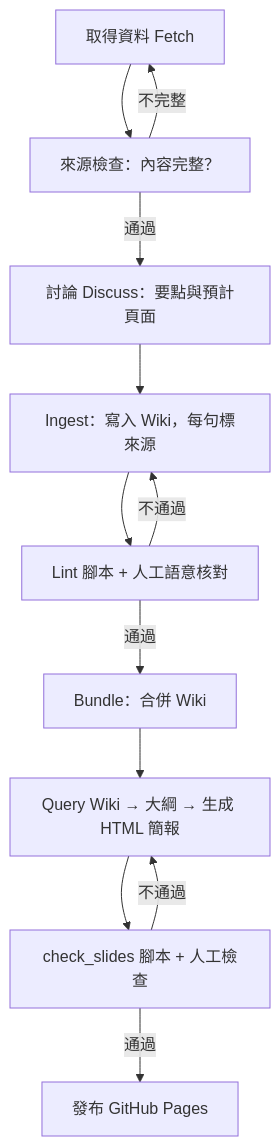
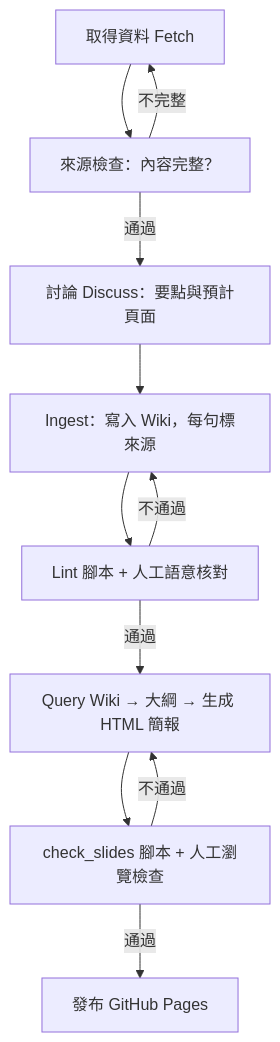
One commit to welly2140/quantum-wiki changed the diagram in README.md. Above: the diagram before and after it, drawn with Mermaid. The commit also changed other lines of this file, not shown here.

````diff
--- a/README.md
+++ b/README.md
@@ -29,14 +32,13 @@
 ```mermaid
 flowchart TD
   A[取得資料 Fetch] --> B[來源檢查：內容完整？]
   B -- 不完整 --> A
   B -- 通過 --> C[討論 Discuss：要點與預計頁面]
   C --> D[Ingest：寫入 Wiki，每句標來源]
   D --> E[Lint 腳本 + 人工語意核對]
   E -- 不通過 --> D
-  E -- 通過 --> F[Bundle：合併 Wiki]
-  F --> G[Query Wiki → 大綱 → 生成 HTML 簡報]
-  G --> H[check_slides 腳本 + 人工檢查]
+  E -- 通過 --> G[Query Wiki → 大綱 → 生成 HTML 簡報]
+  G --> H[check_slides 腳本 + 人工瀏覽檢查]
   H -- 不通過 --> G
   H -- 通過 --> I[發布 GitHub Pages]
 ```
````
